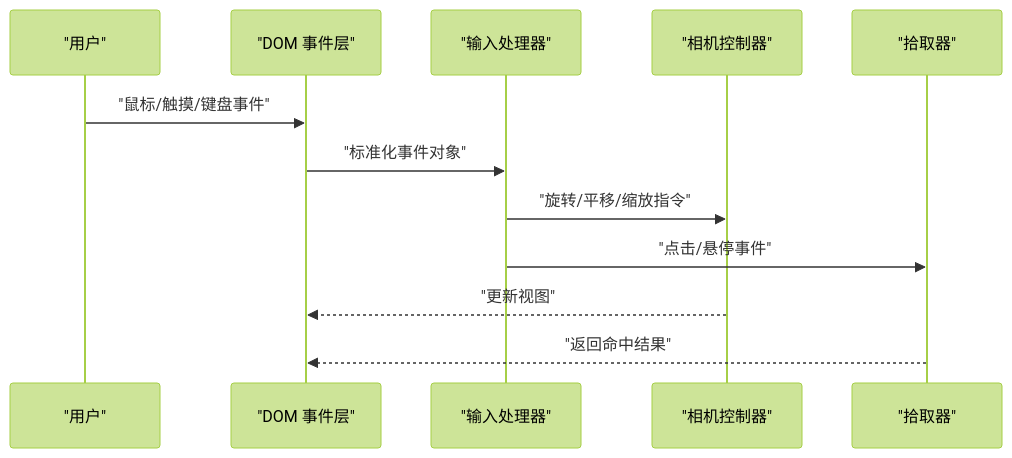
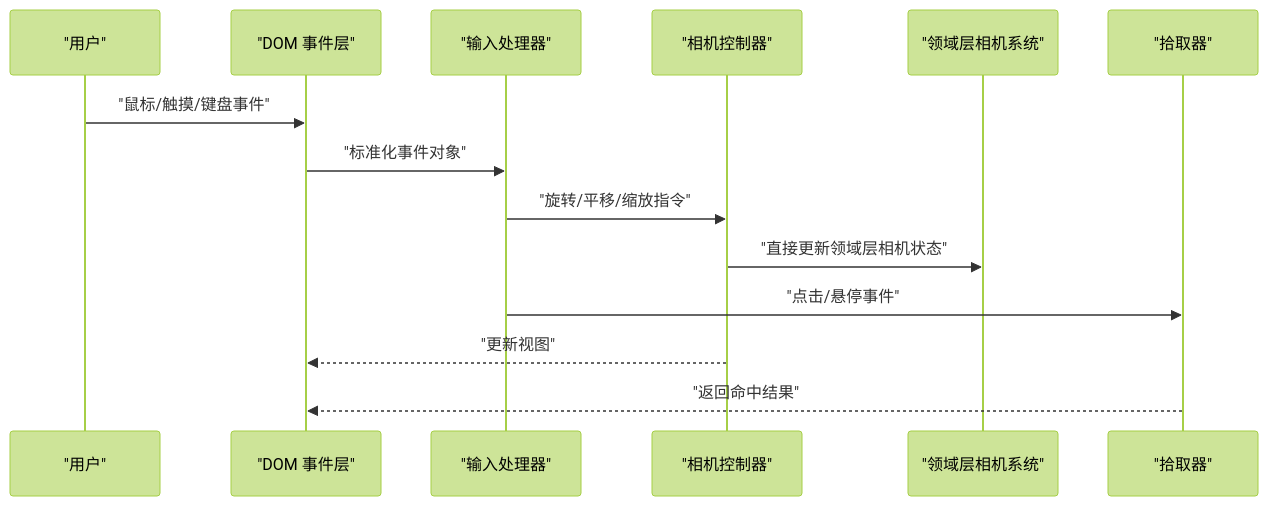
The fifth of 7 diagrams in .qoder/repowiki/zh/content/项目概述/核心特性/相机与交互控制/相机与交互控制.md (rzhangjing/cesium), drawn with Mermaid (forest theme) before and after one commit. The commit also changed other lines of this file and 92 other files, not shown here.

````diff
--- a/.qoder/repowiki/zh/content/项目概述/核心特性/相机与交互控制/相机与交互控制.md
+++ b/.qoder/repowiki/zh/content/项目概述/核心特性/相机与交互控制/相机与交互控制.md
@@ -215,14 +1620,16 @@
 ```mermaid
 sequenceDiagram
 participant U as "用户"
 participant DOM as "DOM 事件层"
 participant Input as "输入处理器"
-participant Cam as "相机控制器"
+participant CamCtrl as "相机控制器"
+participant DomainCam as "领域层相机系统"
 participant Pick as "拾取器"
 U->>DOM : "鼠标/触摸/键盘事件"
 DOM->>Input : "标准化事件对象"
-Input->>Cam : "旋转/平移/缩放指令"
+Input->>CamCtrl : "旋转/平移/缩放指令"
+CamCtrl->>DomainCam : "直接更新领域层相机状态"
 Input->>Pick : "点击/悬停事件"
-Cam-->>DOM : "更新视图"
+CamCtrl-->>DOM : "更新视图"
 Pick-->>DOM : "返回命中结果"
 ```
````
